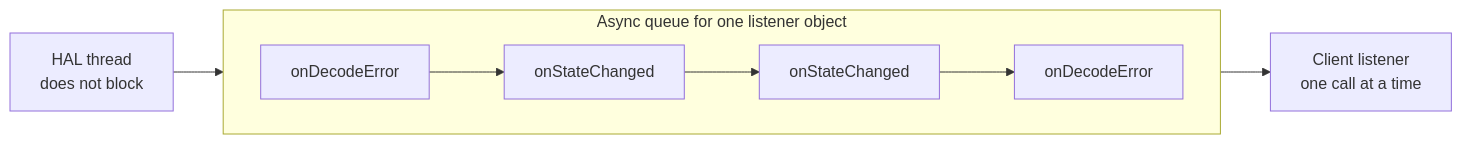
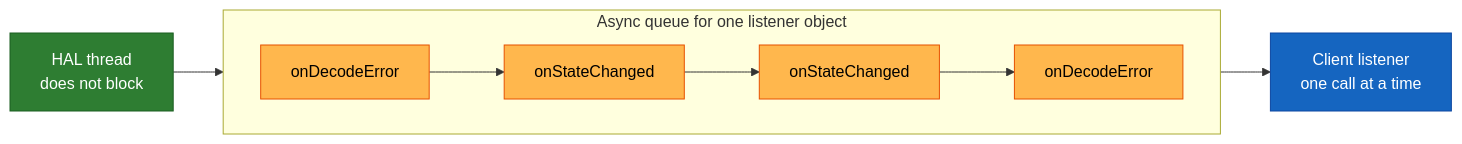
Before and after one commit to rdkcentral/rdk-halif-aidl: the sixth of 6 diagrams in docs/introduction/binder_call_path.md, drawn with Mermaid. The commit also changed other lines of this file, not shown here.

First line of the commit message:
Update #956: Colour the binder call path diagrams

````diff
--- a/docs/introduction/binder_call_path.md
+++ b/docs/introduction/binder_call_path.md
@@ -139,9 +175,15 @@
 ```mermaid
 flowchart LR
     H[HAL thread<br/>does not block] --> Q
     subgraph Q[Async queue for one listener object]
         direction LR
         e1[onDecodeError] --> e2[onStateChanged] --> e3[onStateChanged] --> e4[onDecodeError]
     end
     Q --> L[Client listener<br/>one call at a time]
+    classDef hal fill:#2E7D32,stroke:#1B5E20,color:#FFFFFF
+    classDef event fill:#FFB74D,stroke:#E65100,color:#000000
+    classDef client fill:#1565C0,stroke:#0D47A1,color:#FFFFFF
+    class H hal
+    class e1,e2,e3,e4 event
+    class L client
 ```
````
